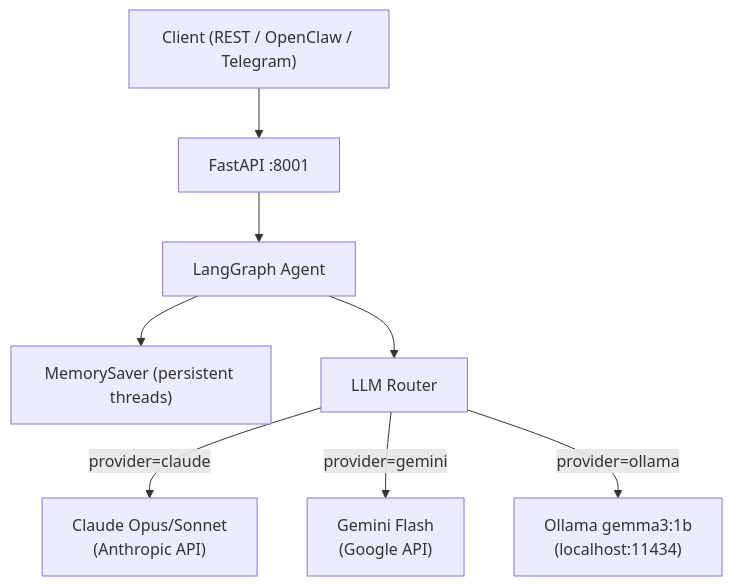
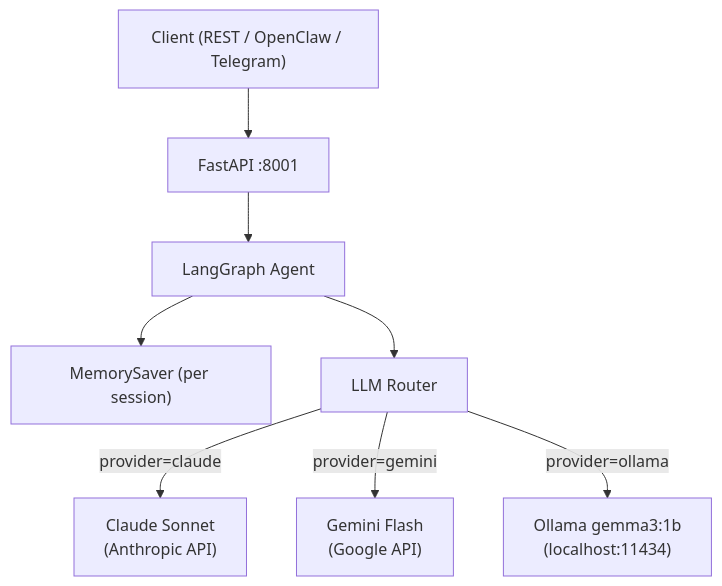
One commit to lcarrenoy/ai-core-system changed the diagram in README.md. Above: the diagram before and after it, drawn with Mermaid. The commit also changed other lines of this file, not shown here.

Commit message:
docs: complete README with quickstart scripts and test flow

````diff
--- a/README.md
+++ b/README.md
@@ -21,19 +21,19 @@
 ```mermaid
 graph TD
     Client["Client (REST / OpenClaw / Telegram)"]
     API["FastAPI :8001"]
     LG["LangGraph Agent"]
-    MEM["MemorySaver (persistent threads)"]
+    MEM["MemorySaver (per session)"]
     ROUTER["LLM Router"]
-    CLAUDE["Claude Opus/Sonnet\n(Anthropic API)"]
+    CLAUDE["Claude Sonnet\n(Anthropic API)"]
     GEMINI["Gemini Flash\n(Google API)"]
     OLLAMA["Ollama gemma3:1b\n(localhost:11434)"]
 
     Client --> API
     API --> LG
     LG --> MEM
     LG --> ROUTER
     ROUTER -->|provider=claude| CLAUDE
     ROUTER -->|provider=gemini| GEMINI
     ROUTER -->|provider=ollama| OLLAMA
 ```
````
